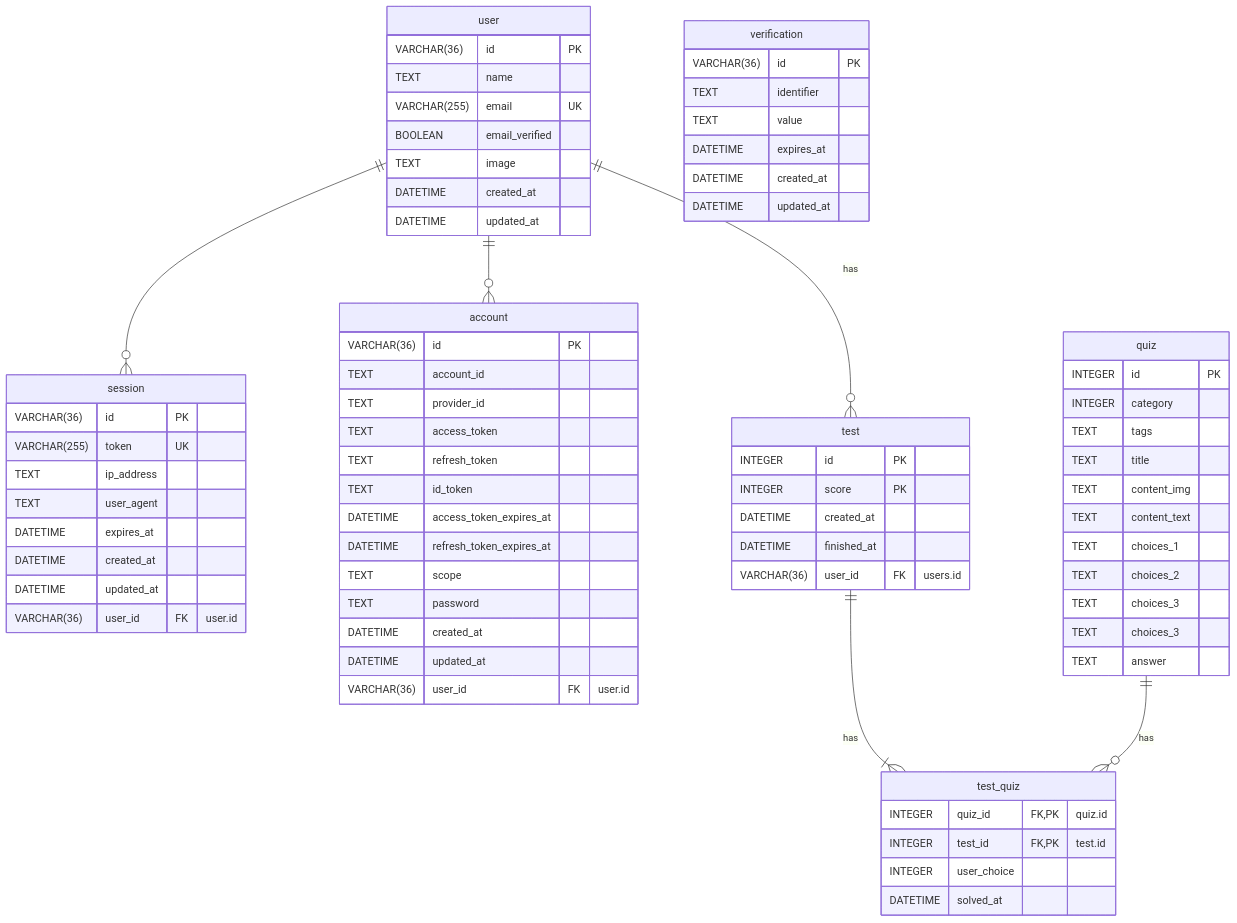
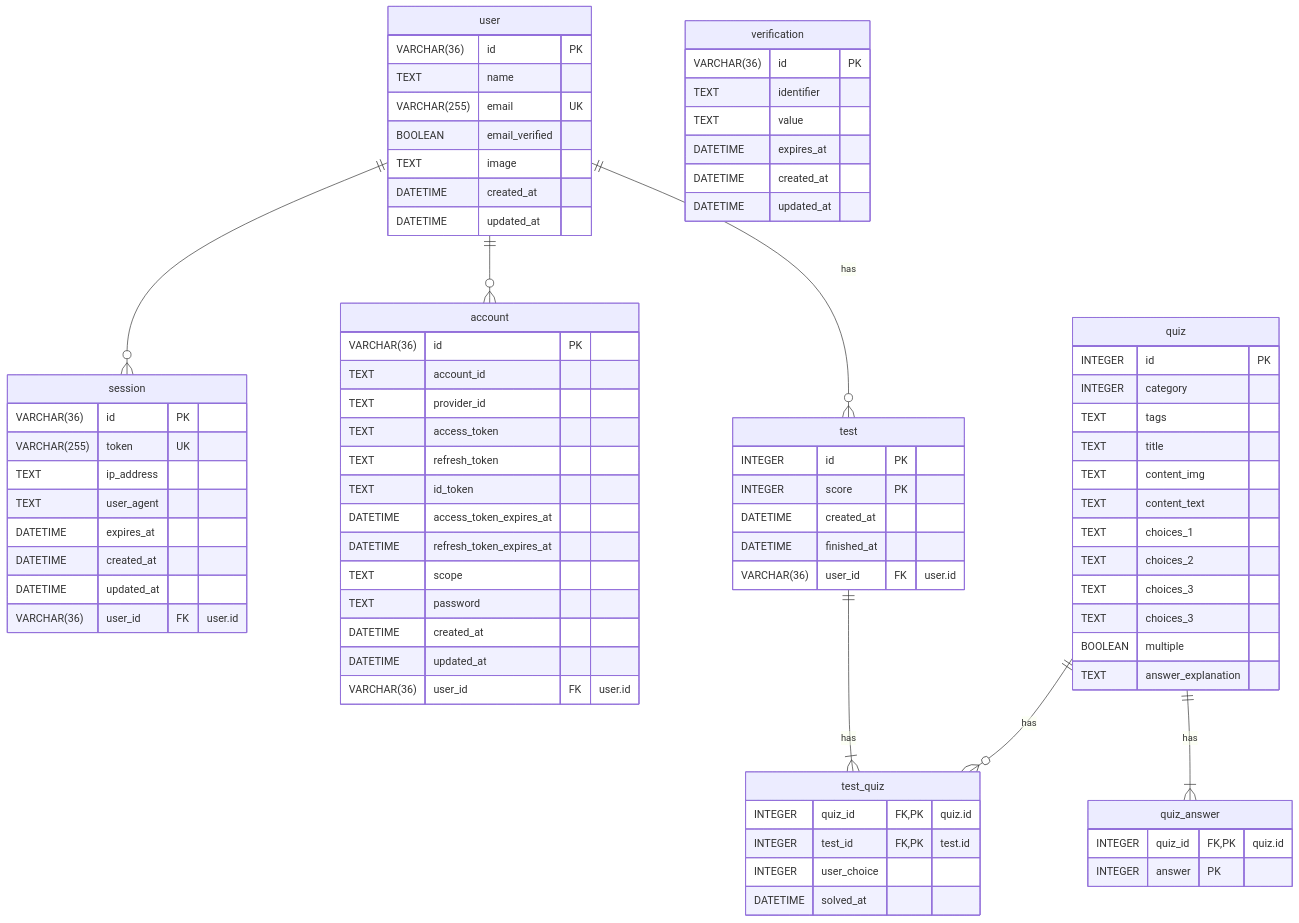
One commit to sesac-namu/proj-sqld changed the diagram in docs/database.md. Above: the diagram before and after it, drawn with Mermaid. The commit also changed 9 other files, not shown here.

Commit message:
Fix quiz answer schema

```diff
--- a/docs/database.md
+++ b/docs/database.md
@@ -56,7 +56,13 @@
     TEXT choices_2
     TEXT choices_3
     TEXT choices_3
-    TEXT answer
+    BOOLEAN multiple
+    TEXT answer_explanation
+  }
+  quiz ||--|{ quiz_answer : "has"
+  quiz_answer {
+    INTEGER quiz_id FK,PK "quiz.id"
+    INTEGER answer PK
   }
   user ||--o{ test : "has"
   test {
@@ -64,7 +70,7 @@
     INTEGER score PK
     DATETIME created_at
     DATETIME finished_at
-    VARCHAR(36) user_id FK "users.id"
+    VARCHAR(36) user_id FK "user.id"
   }
   test ||--|{ test_quiz : "has"
   quiz ||--o{ test_quiz : "has"
```
